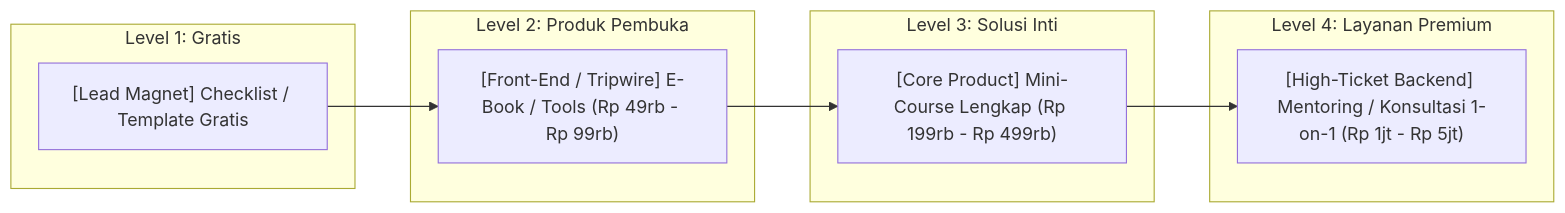
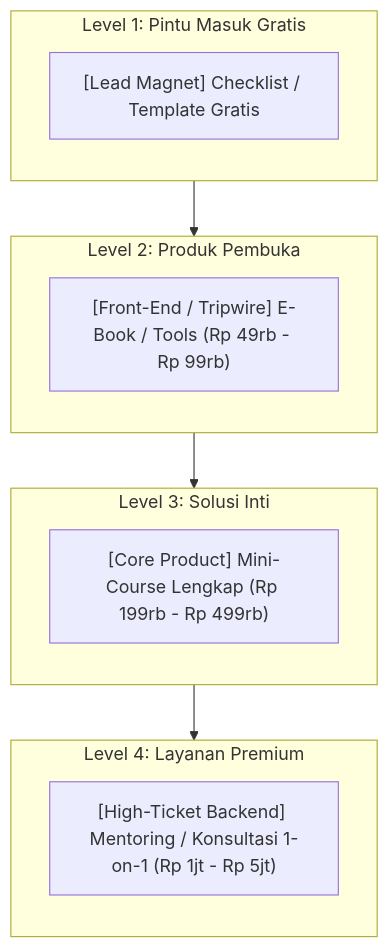
The diagram in src/content/blog/cetak-biru-creator-commerce-part-7-scaling-bisnis.md (crediblemark-official/Blog-SiBi), drawn with Mermaid before and after one commit. The commit also changed other lines of this file and 83 other files, not shown here.

````diff
--- a/src/content/blog/cetak-biru-creator-commerce-part-7-scaling-bisnis.md
+++ b/src/content/blog/cetak-biru-creator-commerce-part-7-scaling-bisnis.md
@@ -34,18 +30,26 @@
 ```mermaid
-graph LR
-  subgraph Level 1: Gratis
+graph TD
+  subgraph L1Box["Level 1: Pintu Masuk Gratis"]
+    direction TB
     L1["[Lead Magnet] Checklist / Template Gratis"]
   end
 
-  subgraph Level 2: Produk Pembuka
-    L1 --> L2["[Front-End / Tripwire] E-Book / Tools (Rp 49rb - Rp 99rb)"]
+  subgraph L2Box["Level 2: Produk Pembuka"]
+    direction TB
+    L2["[Front-End / Tripwire] E-Book / Tools (Rp 49rb - Rp 99rb)"]
   end
 
-  subgraph Level 3: Solusi Inti
-    L2 --> L3["[Core Product] Mini-Course Lengkap (Rp 199rb - Rp 499rb)"]
+  subgraph L3Box["Level 3: Solusi Inti"]
+    direction TB
+    L3["[Core Product] Mini-Course Lengkap (Rp 199rb - Rp 499rb)"]
   end
 
-  subgraph Level 4: Layanan Premium
-    L3 --> L4["[High-Ticket Backend] Mentoring / Konsultasi 1-on-1 (Rp 1jt - Rp 5jt)"]
+  subgraph L4Box["Level 4: Layanan Premium"]
+    direction TB
+    L4["[High-Ticket Backend] Mentoring / Konsultasi 1-on-1 (Rp 1jt - Rp 5jt)"]
   end
+
+  L1 --> L2
+  L2 --> L3
+  L3 --> L4
 ```
````
